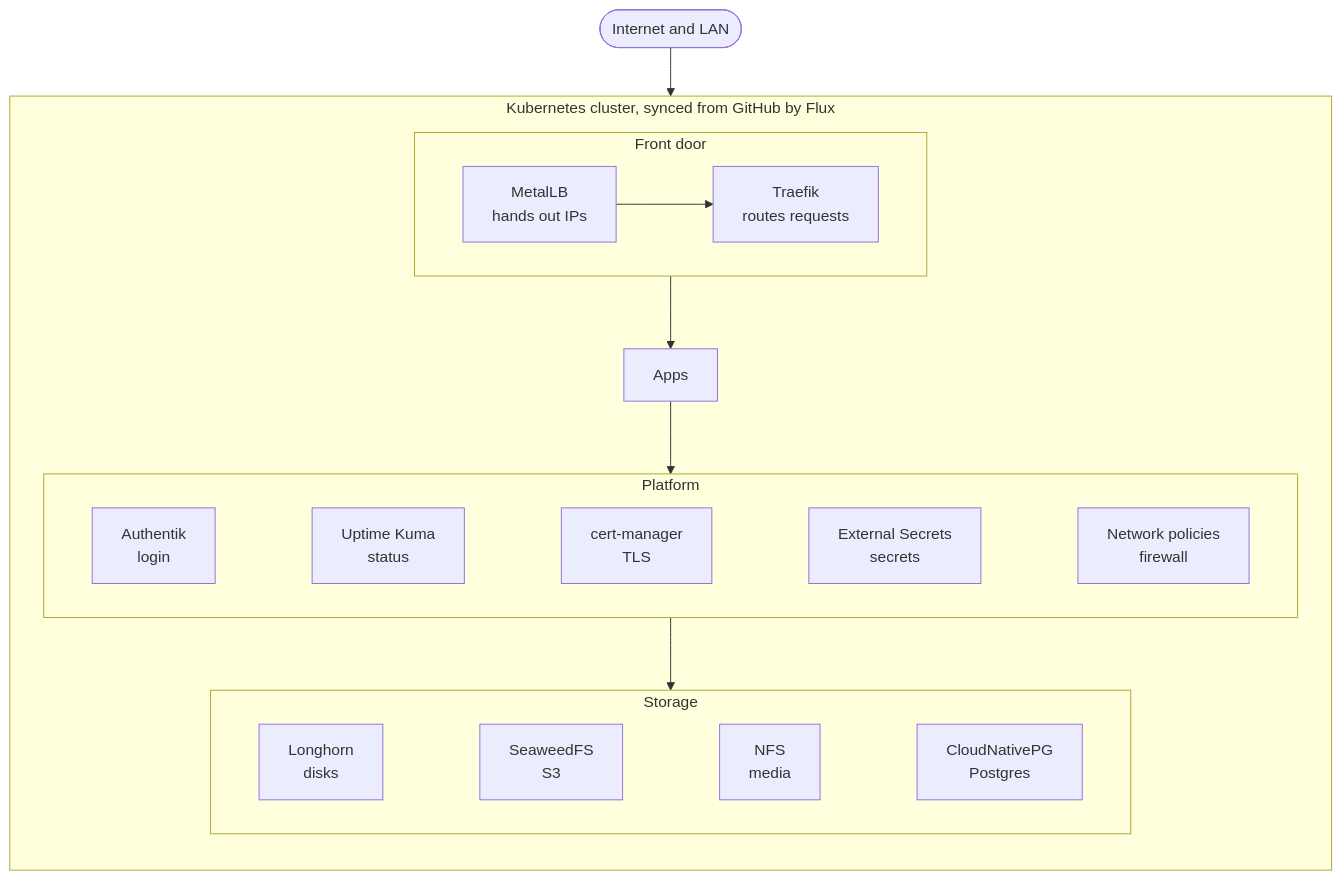
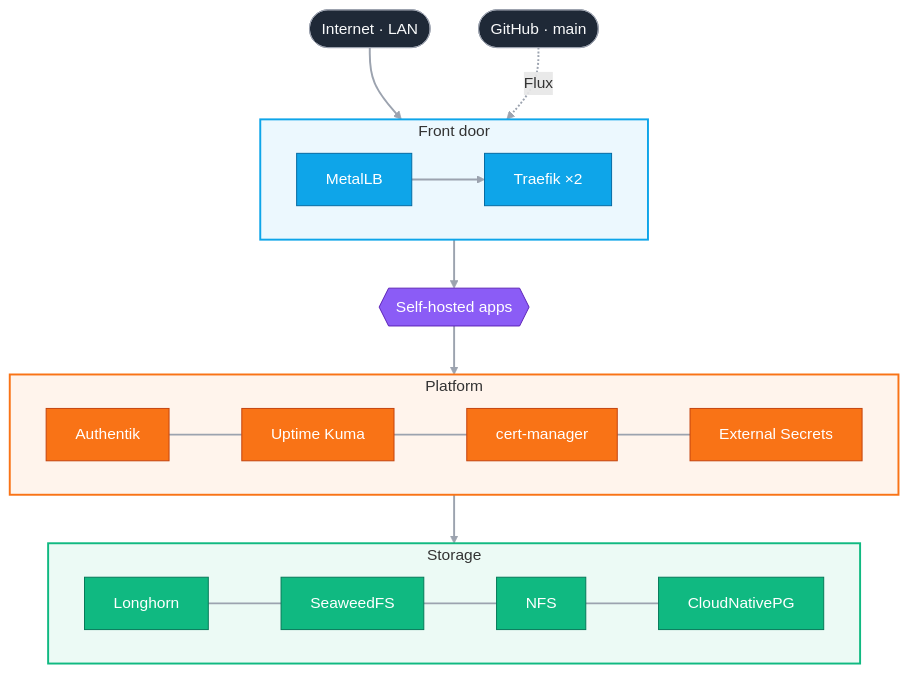
Before and after one commit to stianmjo/homelab-nebulahvelvet: the diagram in README.md, drawn with Mermaid. The commit also changed other lines of this file, not shown here.

Commit message:
docs(readme): colored overview diagram; drop Postgres runbook

````diff
--- a/README.md
+++ b/README.md
@@ -32,29 +32,36 @@
 ```mermaid
 flowchart TB
-    users(["Internet and LAN"])
+    users(["Internet · LAN"]):::entry
+    git(["GitHub · main"]):::entry
 
-    subgraph cluster["Kubernetes cluster, synced from GitHub by Flux"]
-        direction TB
-
-        subgraph edge["Front door"]
-            direction LR
-            mlb["MetalLB<br/>hands out IPs"] --> traefik["Traefik<br/>routes requests"]
-        end
-
-        apps["Apps"]
-
-        subgraph platform["Platform"]
-            direction LR
-            ak["Authentik<br/>login"] ~~~ kuma["Uptime Kuma<br/>status"] ~~~ certs["cert-manager<br/>TLS"] ~~~ secrets["External Secrets<br/>secrets"] ~~~ netpol["Network policies<br/>firewall"]
-        end
-
-        subgraph storage["Storage"]
-            direction LR
-            lh["Longhorn<br/>disks"] ~~~ sw["SeaweedFS<br/>S3"] ~~~ nfs["NFS<br/>media"] ~~~ pg["CloudNativePG<br/>Postgres"]
-        end
-
-        edge --> apps --> platform --> storage
+    subgraph edge["Front door"]
+        direction LR
+        mlb["MetalLB"]:::front --> traefik["Traefik ×2"]:::front
     end
 
-    users --> edge
+    apps{{"Self-hosted apps"}}:::app
+
+    subgraph platform["Platform"]
+        direction LR
+        ak["Authentik"]:::plat ~~~ kuma["Uptime Kuma"]:::plat ~~~ certs["cert-manager"]:::plat ~~~ secrets["External Secrets"]:::plat
+    end
+
+    subgraph storage["Storage"]
+        direction LR
+        lh["Longhorn"]:::store ~~~ sw["SeaweedFS"]:::store ~~~ nfs["NFS"]:::store ~~~ pg["CloudNativePG"]:::store
+    end
+
+    users ==> edge ==> apps ==> platform ==> storage
+    git -. Flux .-> edge
+
+    classDef entry fill:#1F2937,stroke:#9CA3AF,color:#F9FAFB
+    classDef front fill:#0EA5E9,stroke:#0369A1,color:#FFFFFF
+    classDef app   fill:#8B5CF6,stroke:#5B21B6,color:#FFFFFF
+    classDef plat  fill:#F97316,stroke:#C2410C,color:#FFFFFF
+    classDef store fill:#10B981,stroke:#047857,color:#FFFFFF
+
+    style edge     fill:#0EA5E914,stroke:#0EA5E9,stroke-width:2px
+    style platform fill:#F9731614,stroke:#F97316,stroke-width:2px
+    style storage  fill:#10B98114,stroke:#10B981,stroke-width:2px
+    linkStyle default stroke:#9CA3AF,stroke-width:2px
 ```
````
